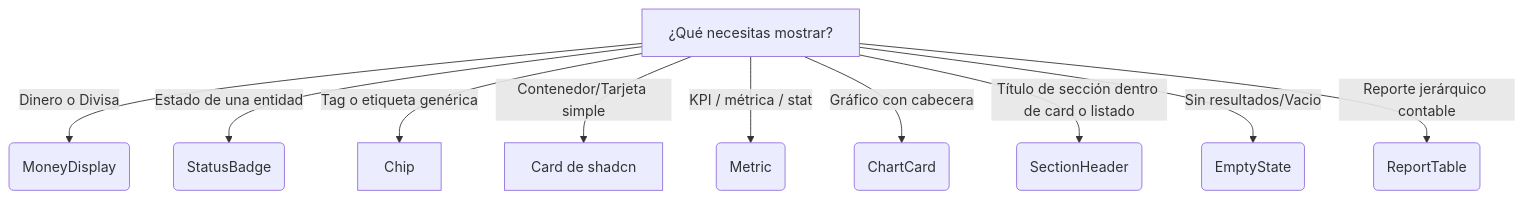
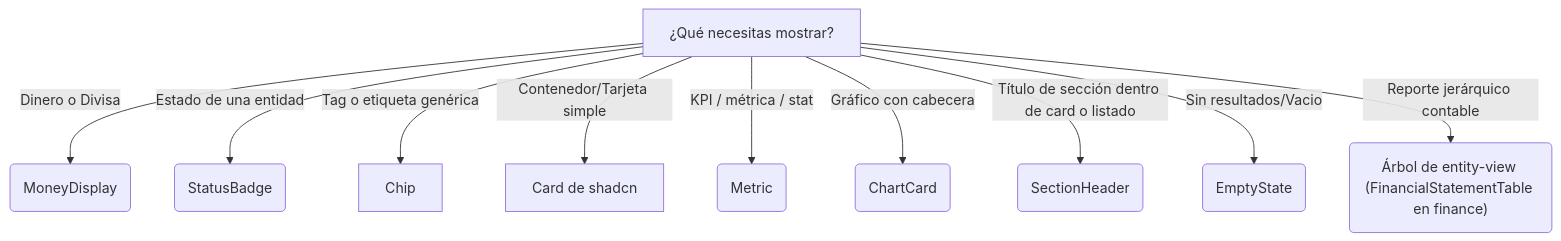
The third of 6 diagrams in docs/20-contracts/component-decision-tree.md (Patricoaa/ERPGrafico), drawn with Mermaid before and after one commit. The commit also changed other lines of this file and 18 other files, not shown here.

First line of the commit message:
refactor(finance): estados financieros sobre entity-view; se retira ReportTable

````diff
--- a/docs/20-contracts/component-decision-tree.md
+++ b/docs/20-contracts/component-decision-tree.md
@@ -59,13 +59,13 @@
 ```mermaid
 graph TD
     A[¿Qué necesitas mostrar?]
     A -->|Dinero o Divisa| B(MoneyDisplay)
     A -->|Estado de una entidad| C(StatusBadge)
     A -->|Tag o etiqueta genérica| D[Chip]
     A -->|Contenedor/Tarjeta simple| E[Card de shadcn]
     A -->|KPI / métrica / stat| H(Metric)
     A -->|Gráfico con cabecera| H2(ChartCard)
     A -->|Título de sección dentro de card o listado| I(SectionHeader)
     A -->|Sin resultados/Vacio| F(EmptyState)
-    A -->|Reporte jerárquico contable| G(ReportTable)
+    A -->|Reporte jerárquico contable| G("Árbol de entity-view (FinancialStatementTable en finance)")
 ```
````
